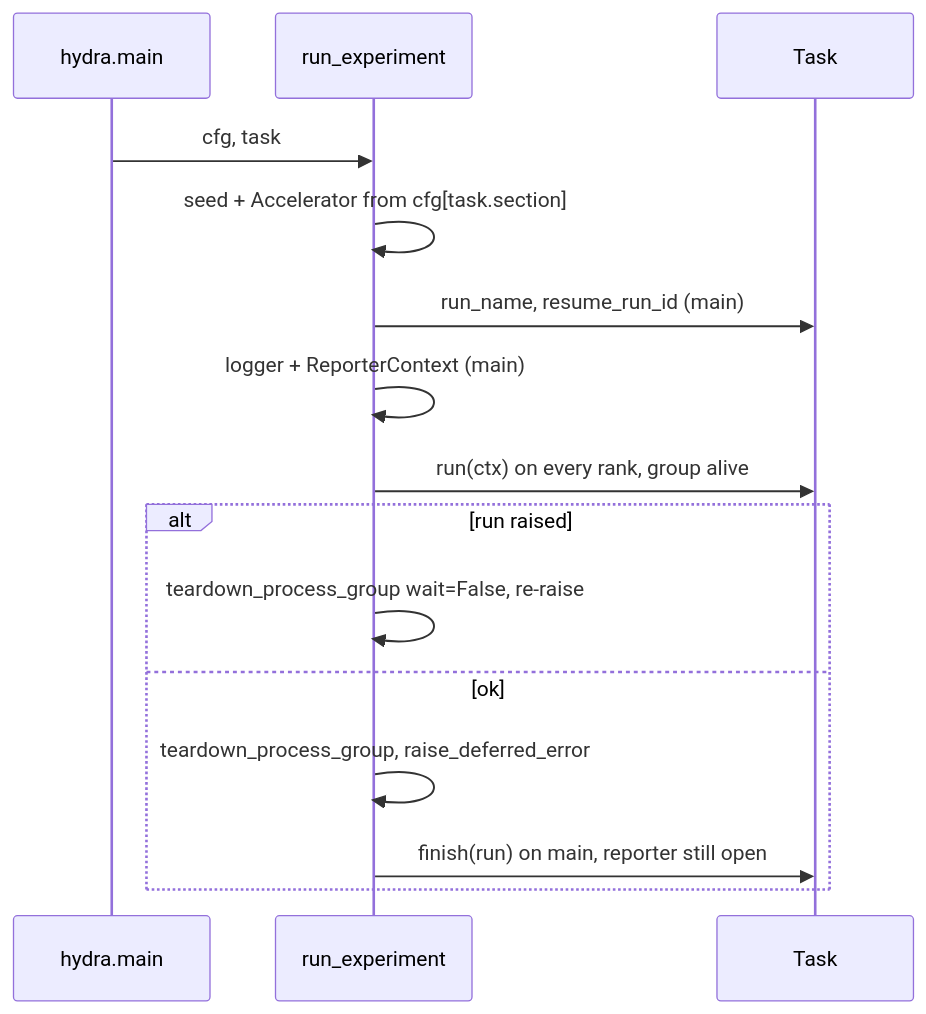
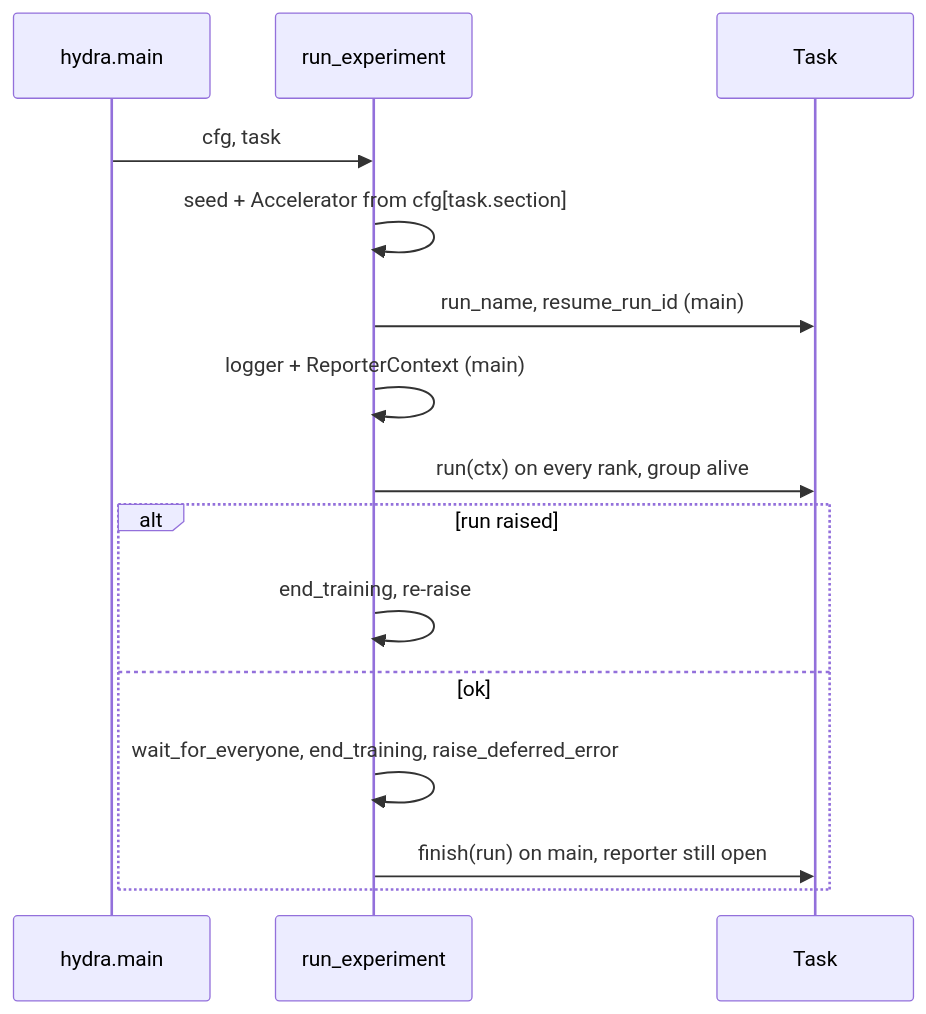
One commit to zeroDtree/mlkit changed the diagram in docs/experiment.md. Above: the diagram before and after it, drawn with Mermaid. The commit also changed other lines of this file and 26 other files, not shown here.

````diff
--- a/docs/experiment.md
+++ b/docs/experiment.md
@@ -9,17 +9,17 @@
 ```mermaid
 sequenceDiagram
     participant Hydra as hydra.main
     participant Run as run_experiment
     participant Task as Task
   Hydra ->> Run: cfg, task
     Run ->> Run: seed + Accelerator from cfg[task.section]
     Run ->> Task: run_name, resume_run_id (main)
     Run ->> Run: logger + ReporterContext (main)
     Run ->> Task: run(ctx) on every rank, group alive
     alt run raised
-        Run ->> Run: teardown_process_group wait=False, re-raise
+        Run ->> Run: end_training, re-raise
     else ok
-        Run ->> Run: teardown_process_group, raise_deferred_error
+        Run ->> Run: wait_for_everyone, end_training, raise_deferred_error
         Run ->> Task: finish(run) on main, reporter still open
     end
 ```
````
